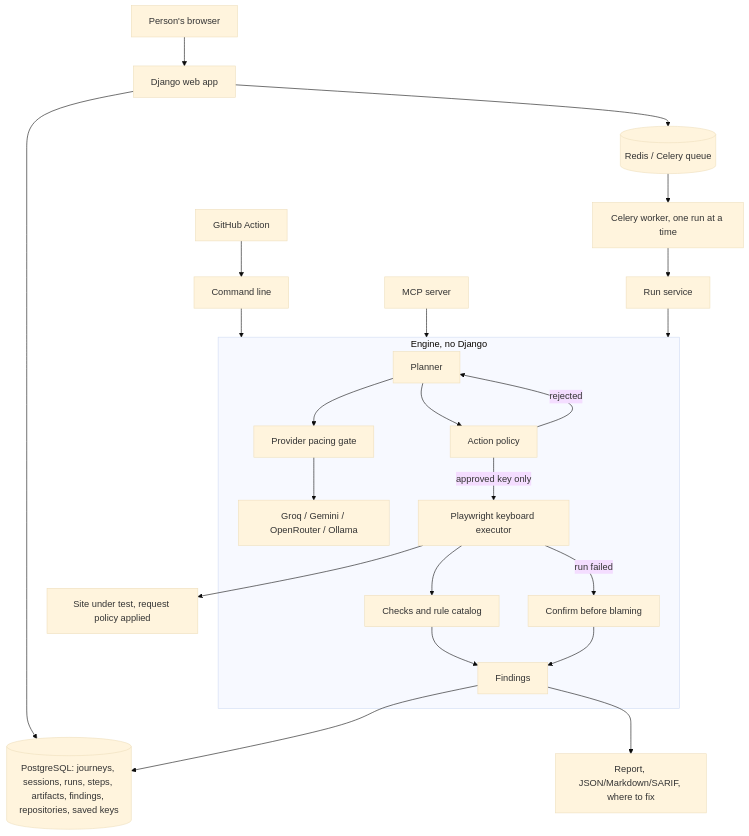
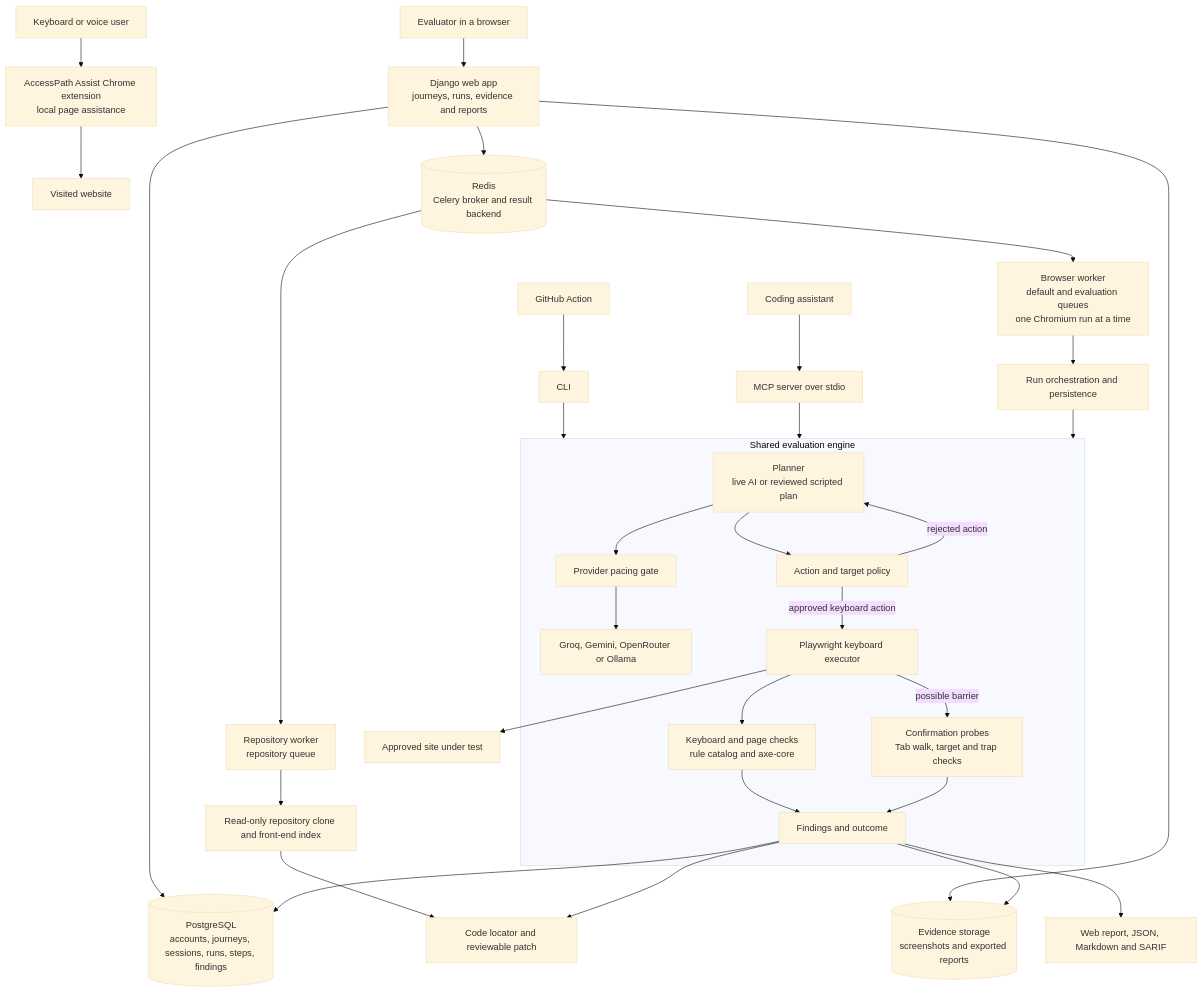
The second of 5 diagrams in docs/ARCHITECTURE_AND_FLOW.md (MICKEY0107/AccessPath-AI), drawn with Mermaid (base theme) before and after one commit. The commit also changed other lines of this file and 9 other files, not shown here.

Commit message:
Improve voice navigation and update architecture

````diff
--- a/docs/ARCHITECTURE_AND_FLOW.md
+++ b/docs/ARCHITECTURE_AND_FLOW.md
@@ -27,26 +32,39 @@
 ```mermaid
 flowchart TB
-    Browser[Person's browser] --> Web[Django web app]
-    CLI[Command line] --> Engine
-    Action[GitHub Action] --> CLI
-    MCP[MCP server] --> Engine
-    Web --> Postgres[(PostgreSQL: journeys, sessions, runs, steps, artifacts, findings, repositories, saved keys)]
-    Web --> Queue[(Redis / Celery queue)]
-    Queue --> Worker[Celery worker, one run at a time]
-    Worker --> Service[Run service]
-    Service --> Engine
-    subgraph Engine[Engine, no Django]
-        Planner[Planner] --> Gate[Provider pacing gate]
-        Gate --> Providers[Groq / Gemini / OpenRouter / Ollama]
-        Planner --> Policy[Action policy]
-        Policy -->|approved key only| Executor[Playwright keyboard executor]
-        Policy -->|rejected| Planner
-        Executor --> Checks[Checks and rule catalog]
-        Executor -->|run failed| Probes[Confirm before blaming]
-        Checks --> Findings[Findings]
+    Evaluator[Evaluator in a browser] --> Web[Django web app\njourneys, runs, evidence and reports]
+    KeyboardUser[Keyboard or voice user] --> Extension[AccessPath Assist Chrome extension\nlocal page assistance]
+    Extension --> VisitedSite[Visited website]
+
+    CLI[CLI] --> Engine
+    GitHub[GitHub Action] --> CLI
+    CodingAssistant[Coding assistant] --> MCP[MCP server over stdio]
+    MCP --> Engine
+
+    Web --> DB[(PostgreSQL\naccounts, journeys, sessions, runs, steps, findings)]
+    Web --> Redis[(Redis\nCelery broker and result backend)]
+    Web --> Evidence[(Evidence storage\nscreenshots and exported reports)]
+    Redis --> BrowserWorker[Browser worker\ndefault and evaluation queues\none Chromium run at a time]
+    Redis --> RepoWorker[Repository worker\nrepository queue]
+    BrowserWorker --> RunService[Run orchestration and persistence]
+    RepoWorker --> Repository[Read-only repository clone and front-end index]
+    RunService --> Engine
+
+    subgraph Engine[Shared evaluation engine]
+        Planner[Planner\nlive AI or reviewed scripted plan] --> Pace[Provider pacing gate]
+        Pace --> Providers[Groq, Gemini, OpenRouter or Ollama]
+        Planner --> Policy[Action and target policy]
+        Policy -->|approved keyboard action| Executor[Playwright keyboard executor]
+        Policy -->|rejected action| Planner
+        Executor --> Checks[Keyboard and page checks\nrule catalog and axe-core]
+        Executor -->|possible barrier| Probes[Confirmation probes\nTab walk, target and trap checks]
+        Checks --> Findings[Findings and outcome]
         Probes --> Findings
     end
-    Executor --> Site[Site under test, request policy applied]
-    Findings --> Postgres
-    Findings --> Outputs[Report, JSON/Markdown/SARIF, where to fix]
+
+    Executor --> TestedSite[Approved site under test]
+    Repository --> Locator[Code locator and reviewable patch]
+    Findings --> Locator
+    Findings --> DB
+    Findings --> Evidence
+    Findings --> Outputs[Web report, JSON, Markdown and SARIF]
 ```
````
